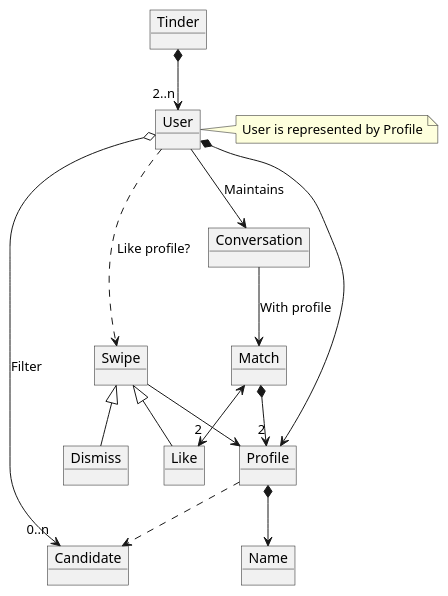
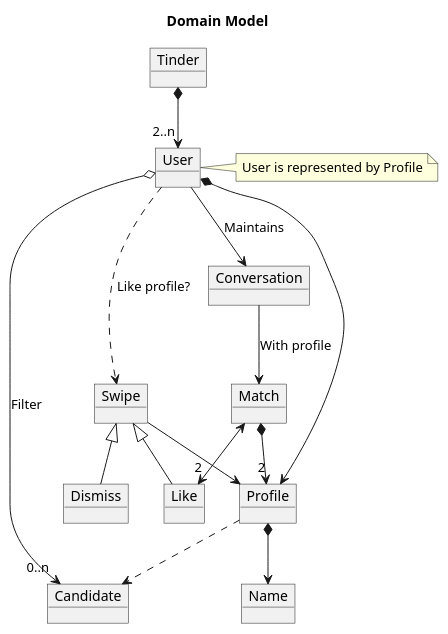
The first of 3 diagrams in docs/src/domain-model.puml (fraylopez/tinder), drawn with PlantUML before and after one commit. The commit also changed other lines of this file and 22 other files, not shown here.

```diff
--- a/docs/src/domain-model.puml
+++ b/docs/src/domain-model.puml
@@ -1,36 +1,36 @@
-@startuml domain model
-
+@startuml Domain Model
+title Domain Model
 object Tinder
 object Match
 object Like
 object Dismiss
 object Swipe
 object Candidate
 object User
 note right
 User is represented by Profile
 end note
 object Profile
 object Name
 object Conversation
 
 User ..> Swipe : "Like profile?"
 User *--> Profile
 
 Tinder *--> "2..n" User
 Profile *--> Name
 
 Like -up-|> Swipe
 Dismiss -up-|> Swipe
 User o-down-> "0..n" Candidate: "Filter"
 
 Profile ..> Candidate
 Conversation --> Match: "With profile"
 
 Swipe --> Profile
 Match *--> "2" Profile
 Match <--> "2" Like
 
 User --> Conversation: "Maintains"
 
 @enduml
```
